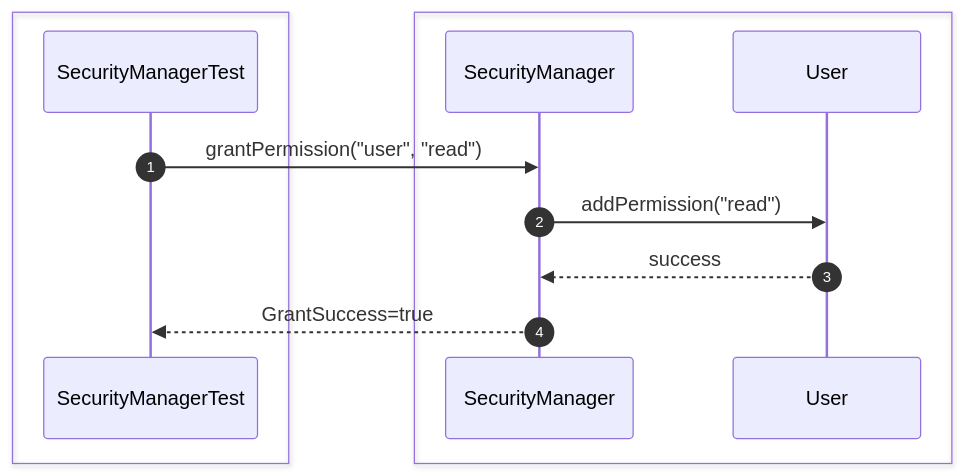
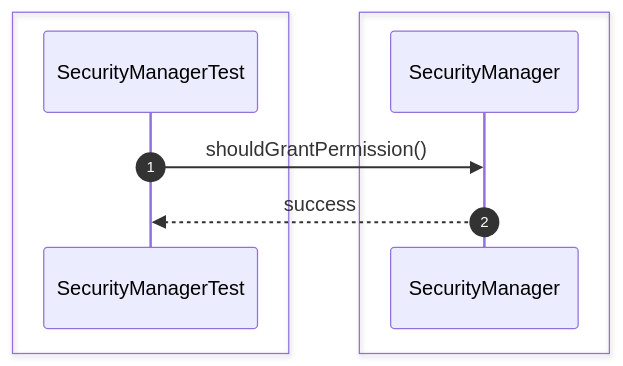
One commit to Huy1801214/dbms-architecture changed the third of 35 diagrams in src/sequence/security.md. Above: the diagram before and after it, drawn with Mermaid. The commit also changed other lines of this file and 68 other files, not shown here.

Commit message:
implement comprehensive unit test suite and architectural sequence documentation

````diff
--- a/src/sequence/security.md
+++ b/src/sequence/security.md
@@ -47,17 +36,13 @@
 ```mermaid
 sequenceDiagram
     autonumber
-
     box #e1f5fe Test Suite
     participant Test as SecurityManagerTest
     end
-    box #e3f2fd Security Components
-    participant Security as SecurityManager
-    participant User as User
+    box #e3f2fd SecurityManager Component
+    participant SM as SecurityManager
     end
 
-    Test->>Security: grantPermission("user", "read")
-    Security->>User: addPermission("read")
-    User-->>Security: success
-    Security-->>Test: GrantSuccess=true
+    Test->>SM: shouldGrantPermission()
+    SM-->>Test: success
 ```
````
